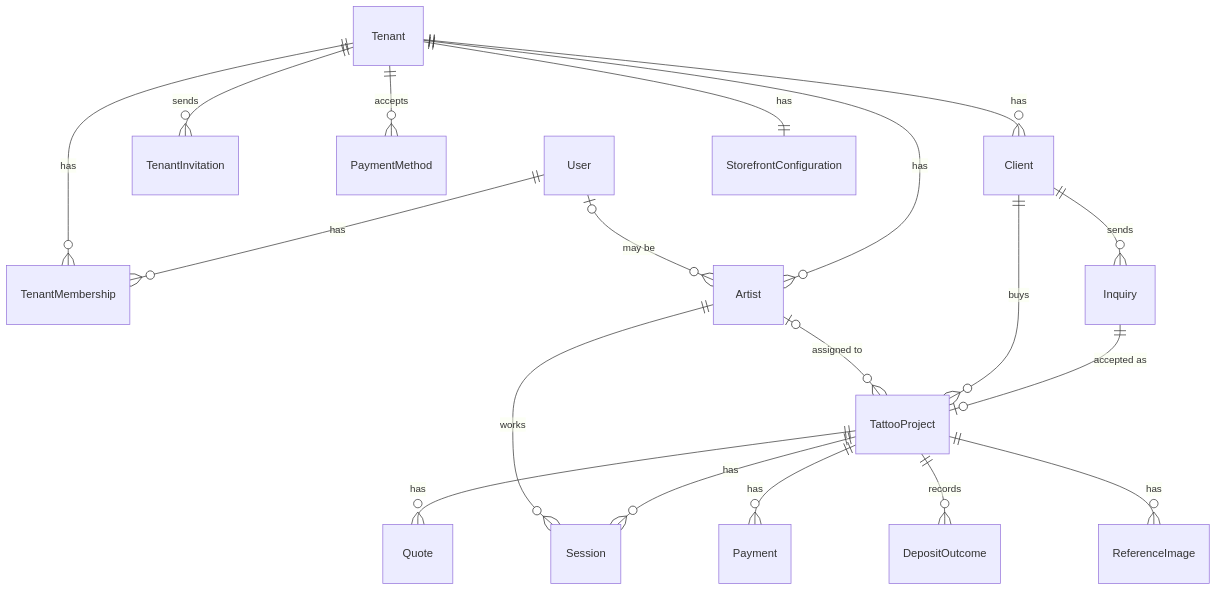
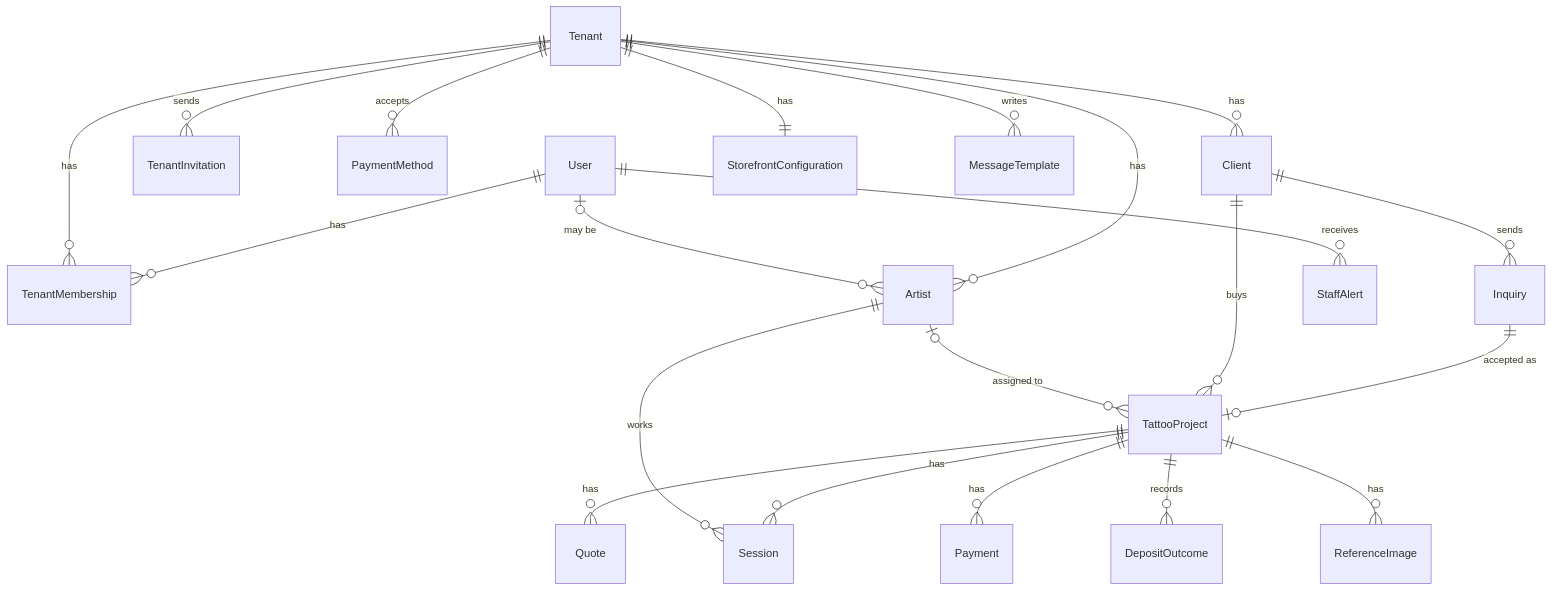
One commit to harublank0-0/tattoo-drip changed the diagram in docs/data-model.md. Above: the diagram before and after it, drawn with Mermaid. The commit also changed other lines of this file and 8 other files, not shown here.

Commit message:
docs(platform): document staff alerts, message templates and the last contact

````diff
--- a/docs/data-model.md
+++ b/docs/data-model.md
@@ -5,21 +5,23 @@
 ```mermaid
 erDiagram
   User ||--o{ TenantMembership : has
   Tenant ||--o{ TenantMembership : has
   Tenant ||--o{ TenantInvitation : sends
   Tenant ||--o{ Artist : has
   User |o--o{ Artist : "may be"
   Tenant ||--o{ PaymentMethod : accepts
   Tenant ||--o{ Client : has
   Client ||--o{ Inquiry : sends
   Inquiry ||--o| TattooProject : "accepted as"
   Client ||--o{ TattooProject : buys
   Artist |o--o{ TattooProject : "assigned to"
   TattooProject ||--o{ Quote : has
   TattooProject ||--o{ Payment : has
   TattooProject ||--o{ Session : has
   TattooProject ||--o{ DepositOutcome : records
   Artist ||--o{ Session : works
   TattooProject ||--o{ ReferenceImage : has
   Tenant ||--|| StorefrontConfiguration : has
+  Tenant ||--o{ MessageTemplate : writes
+  User ||--o{ StaffAlert : receives
 ```
````
